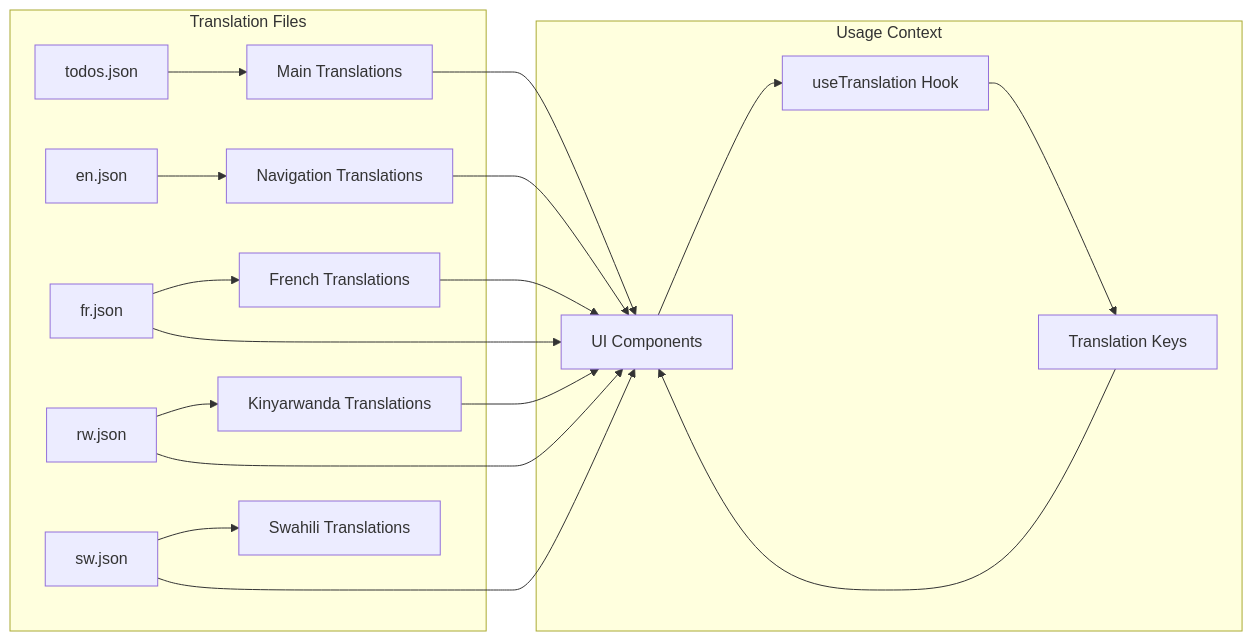
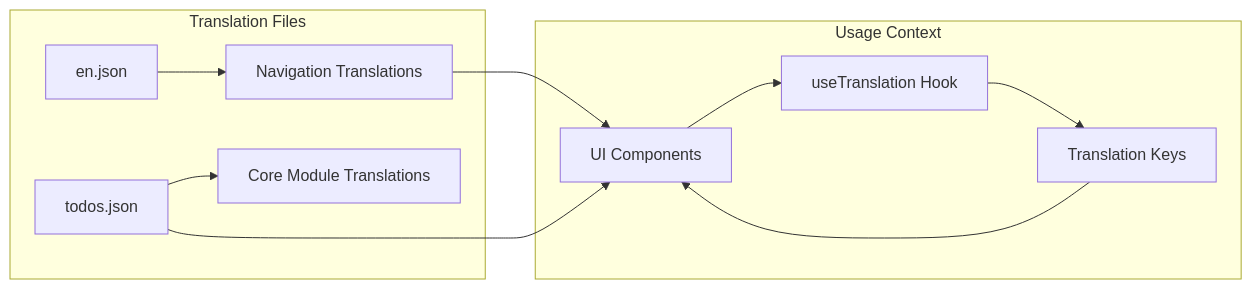
Before and after one commit to geniusdynamics/schoolpilot: the sixth of 10 diagrams in .qoder/repowiki/en/content/Modules System/TODO Module.md, drawn with Mermaid. The commit also changed other lines of this file and 54 other files, not shown here.

````diff
--- a/.qoder/repowiki/en/content/Modules System/TODO Module.md
+++ b/.qoder/repowiki/en/content/Modules System/TODO Module.md
@@ -308,22 +291,14 @@
 ```mermaid
 graph LR
 subgraph "Translation Files"
-A[todos.json] --> B[Main Translations]
-C[en.json] --> D[Navigation Translations]
-E[fr.json] --> F[French Translations]
-G[rw.json] --> H[Kinyarwanda Translations]
-I[sw.json] --> J[Swahili Translations]
+A[en.json] --> B[Navigation Translations]
+C[todos.json] --> D[Core Module Translations]
 end
 subgraph "Usage Context"
-K[UI Components] --> L[useTranslation Hook]
-L --> M[Translation Keys]
+E[UI Components] --> F[useTranslation Hook]
+F --> G[Translation Keys]
 end
-B --> K
-D --> K
-E --> K
-F --> K
-G --> K
-H --> K
-I --> K
-M --> K
+B --> E
+C --> E
+G --> E
 ```
````
